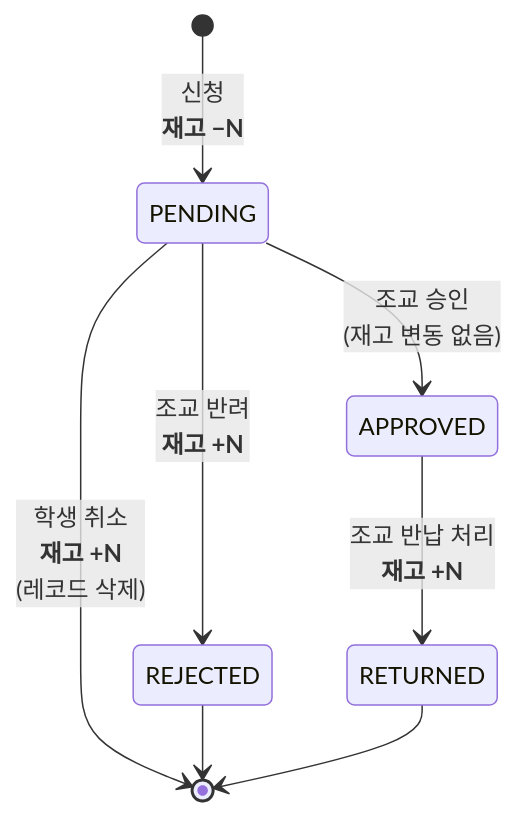
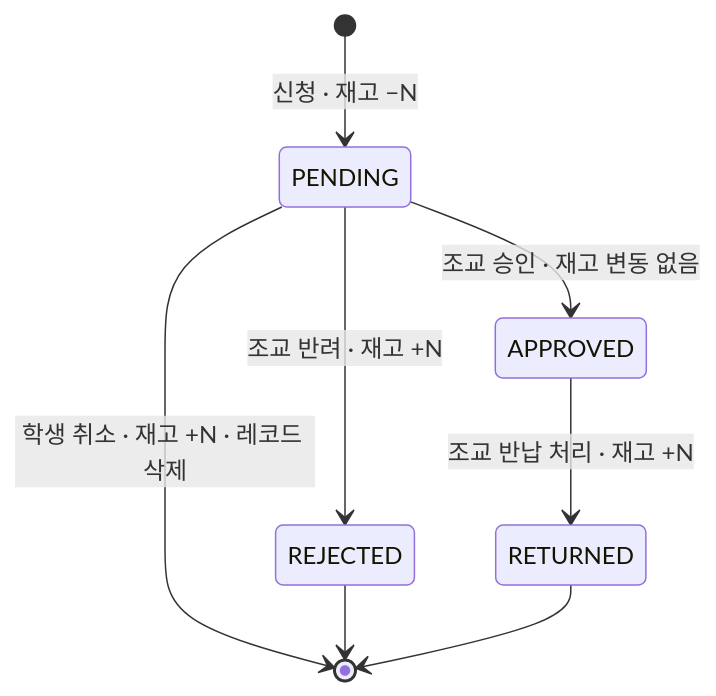
One commit to Zman927/hackathon-useful-kids changed the seventh of 9 diagrams in docs/Architecture.md. Above: the diagram before and after it, drawn with Mermaid. The commit also changed other lines of this file and 3 other files, not shown here.

First line of the commit message:
docs: Mermaid 다이어그램 렌더링 호환성 보정

````diff
--- a/docs/Architecture.md
+++ b/docs/Architecture.md
@@ -163,10 +163,10 @@
 ```mermaid
 stateDiagram-v2
-    [*] --> PENDING: 신청<br/><b>재고 −N</b>
-    PENDING --> APPROVED: 조교 승인<br/>(재고 변동 없음)
-    PENDING --> REJECTED: 조교 반려<br/><b>재고 +N</b>
-    PENDING --> [*]: 학생 취소<br/><b>재고 +N</b><br/>(레코드 삭제)
-    APPROVED --> RETURNED: 조교 반납 처리<br/><b>재고 +N</b>
+    [*] --> PENDING: 신청 · 재고 −N
+    PENDING --> APPROVED: 조교 승인 · 재고 변동 없음
+    PENDING --> REJECTED: 조교 반려 · 재고 +N
+    PENDING --> [*]: 학생 취소 · 재고 +N · 레코드 삭제
+    APPROVED --> RETURNED: 조교 반납 처리 · 재고 +N
     REJECTED --> [*]
     RETURNED --> [*]
 ```
````
